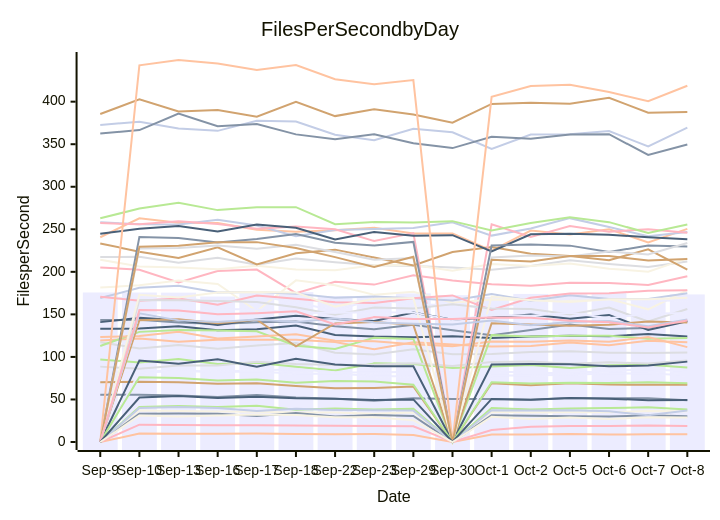
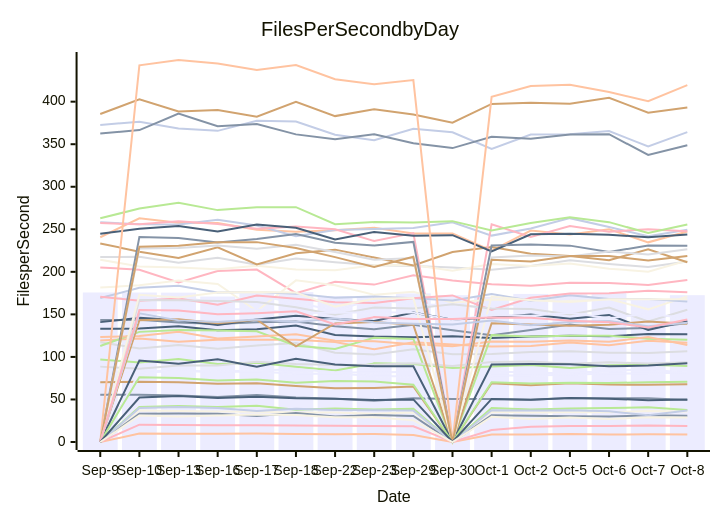
One commit to streetsidesoftware/cspell changed the diagram in perf-report.md. Above: the diagram before and after it, drawn with Mermaid. The commit also changed other lines of this file and 1 other file, not shown here.

````diff
--- a/perf-report.md
+++ b/perf-report.md
@@ -10,56 +10,56 @@
 ```mermaid
 xychart-beta
     title Files Per Second by Day
     y-axis Files per Second
     x-axis Date [Sep-9, Sep-10, Sep-13, Sep-16, Sep-17, Sep-18, Sep-22, Sep-23, Sep-29, Sep-30, Oct-1, Oct-2, Oct-5, Oct-6, Oct-7, Oct-8]
-    bar [175.73, 175.70, 175.56, 170.99, 174.42, 176.15, 171.49, 170.60, 174.68, 172.58, 170.62, 174.06, 173.76, 175.18, 167.77, 173.46]
-    line [143.38, 143.55, 140.59, 138.57, 140.62, 141.72, 135.93, 132.42, 137.90, 131.39, 125.40, 131.62, 137.96, 132.77, 133.94, 142.07]
-    line [119.33, 121.78, 117.69, 120.09, 120.05, 120.31, 117.43, 109.01, 117.33, 114.51, 112.29, 112.71, 117.07, 113.67, 118.94, 117.21]
-    line [217.30, 217.60, 210.80, 216.66, 208.33, 215.69, 211.15, 207.60, 206.93, 205.06, 202.44, 206.85, 213.52, 209.33, 205.65, 212.02]
-    line [96.99, 93.46, 97.52, 91.70, 93.14, 88.50, 84.12, 92.41, 91.76, 86.84, 88.64, 90.41, 87.11, 90.10, 90.92, 87.60]
-    line [70.10, 70.83, 70.27, 68.51, 69.01, 65.91, 63.15, 63.41, 65.35, 0.00, 69.02, 66.69, 69.13, 67.47, 67.16, 67.24]
-    line [372.65, 376.36, 368.52, 365.71, 377.56, 376.77, 361.09, 354.59, 368.19, 364.07, 344.36, 361.41, 361.68, 365.40, 347.49, 369.42]
-    line [205.21, 202.42, 187.59, 200.94, 202.64, 174.86, 188.42, 184.98, 195.97, 189.74, 185.35, 183.52, 187.14, 186.91, 184.49, 194.77]
-    line [133.12, 133.37, 136.08, 131.30, 132.64, 136.81, 125.88, 123.97, 123.26, 124.35, 122.36, 124.05, 124.82, 124.36, 126.90, 123.97]
-    line [214.26, 206.28, 205.22, 203.09, 207.23, 202.88, 201.82, 207.79, 207.90, 201.29, 209.19, 206.95, 209.81, 203.73, 200.20, 215.87]
-    line [81.35, 83.34, 83.78, 82.79, 83.96, 85.57, 82.01, 81.81, 82.67, 0.00, 83.49, 80.99, 81.07, 83.35, 85.60, 83.12]
-    line [55.40, 55.63, 54.54, 52.86, 55.21, 52.35, 50.94, 48.45, 51.30, 50.59, 50.58, 49.72, 51.81, 51.47, 51.46, 49.18]
-    line [240.66, 262.89, 257.78, 257.49, 249.43, 247.25, 248.88, 251.75, 245.20, 245.06, 224.85, 248.59, 243.98, 250.11, 234.68, 250.54]
-    line [117.23, 110.00, 114.04, 109.51, 113.51, 116.46, 104.81, 102.79, 108.89, 103.13, 103.52, 105.79, 106.73, 104.92, 104.71, 105.23]
-    line [112.77, 129.44, 131.63, 130.97, 130.22, 113.06, 109.25, 122.56, 121.09, 0.00, 125.59, 123.97, 124.90, 124.88, 121.42, 122.38]
-    line [233.38, 223.69, 216.25, 228.77, 208.66, 221.89, 226.09, 216.90, 207.46, 223.39, 229.16, 221.30, 218.51, 213.71, 226.50, 202.48]
-    line [258.37, 255.88, 255.75, 261.30, 254.48, 241.79, 249.14, 250.28, 251.57, 258.18, 242.58, 250.83, 263.10, 252.70, 241.96, 246.91]
-    line [257.30, 255.86, 259.52, 256.30, 250.62, 253.31, 250.10, 236.21, 245.48, 0.00, 255.93, 241.02, 253.94, 247.24, 250.16, 245.86]
-    line [244.75, 250.69, 253.77, 247.48, 255.65, 251.83, 237.98, 246.89, 242.54, 243.09, 224.03, 244.08, 244.73, 243.65, 240.74, 238.19]
-    line [181.55, 184.12, 189.95, 185.74, 153.97, 189.99, 184.11, 172.95, 176.46, 163.78, 167.39, 166.94, 167.31, 168.16, 155.92, 178.60]
-    line [172.61, 166.17, 170.88, 163.08, 171.82, 163.97, 154.58, 167.67, 161.60, 161.14, 157.44, 164.03, 168.37, 169.06, 165.80, 166.47]
-    line [362.58, 366.57, 385.92, 371.23, 373.66, 361.57, 355.78, 361.81, 351.17, 345.43, 358.65, 356.52, 361.50, 361.77, 337.36, 349.57]
-    line [123.29, 124.49, 129.64, 121.66, 124.08, 126.72, 119.08, 118.45, 114.87, 112.49, 118.05, 117.81, 119.24, 117.86, 123.32, 111.48]
-    line [88.59, 86.05, 89.85, 89.86, 94.27, 91.54, 90.45, 90.71, 92.55, 89.39, 93.96, 94.53, 91.86, 93.63, 92.24, 95.71]
-    line [262.88, 274.40, 281.31, 272.54, 275.91, 275.97, 256.03, 258.54, 258.01, 259.58, 248.67, 257.34, 264.03, 258.40, 245.57, 255.56]
-    line [385.49, 402.68, 388.38, 390.24, 382.26, 399.81, 383.04, 391.20, 384.82, 375.34, 397.41, 398.74, 397.51, 404.63, 387.08, 387.88]
-    line [169.15, 181.18, 183.51, 175.60, 176.44, 174.39, 169.65, 170.91, 168.95, 166.28, 173.86, 166.13, 172.49, 168.21, 168.21, 174.93]
-    line [170.63, 166.15, 168.68, 161.23, 172.09, 168.48, 164.20, 163.31, 169.03, 172.29, 155.24, 169.60, 174.57, 174.90, 177.64, 178.41]
-    line [140.90, 145.94, 143.19, 137.67, 143.95, 148.30, 144.49, 142.14, 152.04, 143.84, 146.29, 149.93, 144.74, 149.38, 131.76, 141.93]
-    line [0.00, 37.06, 36.42, 35.98, 35.70, 34.54, 34.55, 33.11, 34.81, 0.00, 35.17, 34.81, 34.91, 35.03, 36.57, 36.06]
-    line [0.00, 81.30, 83.34, 82.19, 82.78, 80.29, 80.65, 77.47, 76.93, 0.00, 78.07, 78.18, 79.10, 80.49, 80.39, 78.46]
-    line [0.00, 33.27, 33.48, 33.18, 30.65, 34.02, 29.87, 31.63, 30.68, 0.00, 31.32, 30.89, 30.33, 30.00, 31.45, 30.13]
-    line [0.00, 9.85, 9.67, 9.68, 9.92, 9.37, 9.23, 9.26, 8.29, 0.00, 8.90, 8.75, 9.30, 8.76, 9.01, 9.23]
-    line [0.00, 166.81, 166.56, 165.69, 164.68, 158.25, 149.51, 158.09, 156.96, 161.98, 156.93, 156.41, 149.87, 157.99, 141.60, 156.35]
-    line [0.00, 41.15, 42.24, 41.01, 42.53, 38.05, 39.43, 38.14, 38.94, 0.00, 39.96, 38.12, 39.36, 39.89, 40.71, 38.24]
-    line [0.00, 143.10, 144.41, 139.70, 143.74, 112.39, 139.33, 141.10, 137.72, 0.00, 139.61, 138.23, 136.68, 137.77, 141.66, 140.48]
-    line [0.00, 39.94, 41.26, 40.08, 36.34, 39.18, 37.74, 37.18, 36.89, 0.00, 37.27, 36.89, 37.25, 36.15, 31.44, 37.15]
-    line [0.00, 20.38, 20.10, 19.75, 19.58, 19.44, 18.99, 18.71, 18.44, 0.00, 13.99, 17.93, 18.69, 18.90, 19.50, 18.81]
-    line [0.00, 95.82, 91.96, 97.25, 88.47, 97.89, 91.06, 89.08, 89.06, 0.00, 90.96, 91.55, 91.45, 89.01, 89.93, 94.47]
-    line [0.00, 173.10, 169.76, 175.73, 176.36, 175.75, 159.14, 168.41, 169.31, 0.00, 170.99, 166.63, 164.65, 167.66, 167.88, 169.56]
-    line [0.00, 151.49, 151.06, 156.36, 155.63, 151.63, 151.94, 152.50, 152.06, 143.32, 149.19, 148.32, 152.02, 145.55, 150.72, 151.52]
-    line [0.00, 241.04, 239.64, 234.60, 238.64, 244.36, 234.31, 230.98, 235.16, 0.00, 230.90, 232.18, 230.80, 223.37, 230.96, 229.78]
-    line [0.00, 442.79, 448.98, 444.77, 437.29, 443.15, 426.39, 420.42, 425.42, 0.00, 405.76, 418.50, 419.89, 411.38, 400.59, 418.72]
-    line [0.00, 227.34, 228.09, 230.87, 227.16, 231.88, 223.22, 214.31, 216.24, 0.00, 216.91, 219.11, 218.12, 224.03, 220.33, 233.91]
-    line [0.00, 76.18, 75.30, 72.34, 73.59, 69.54, 71.59, 70.97, 67.35, 0.00, 70.29, 68.90, 69.72, 69.41, 70.25, 68.91]
-    line [0.00, 229.61, 230.62, 234.72, 234.92, 228.04, 217.32, 205.66, 217.69, 0.00, 214.10, 212.26, 218.65, 218.73, 213.23, 215.18]
-    line [0.00, 151.25, 142.95, 141.14, 143.95, 140.92, 145.29, 140.59, 139.11, 138.01, 142.88, 137.23, 141.05, 142.08, 136.09, 143.97]
-    line [0.00, 155.03, 154.46, 150.27, 151.44, 153.53, 138.23, 146.78, 144.54, 144.66, 146.29, 145.95, 142.41, 140.78, 134.58, 142.72]
-    line [0.00, 52.32, 54.12, 51.77, 53.09, 51.40, 50.85, 49.44, 50.07, 0.00, 50.63, 49.63, 51.74, 50.84, 49.20, 49.49]
-    line [0.00, 31.22, 29.93, 31.17, 32.23, 31.60, 29.23, 29.18, 25.62, 0.00, 29.72, 27.11, 28.75, 26.92, 29.01, 28.85]
+    bar [175.73, 175.70, 175.56, 170.99, 174.42, 176.15, 171.49, 170.60, 174.68, 172.58, 170.62, 174.06, 173.76, 175.18, 167.77, 172.56]
+    line [143.38, 143.55, 140.59, 138.57, 140.62, 141.72, 135.93, 132.42, 137.90, 131.39, 125.40, 131.62, 137.96, 132.77, 133.94, 139.73]
+    line [119.33, 121.78, 117.69, 120.09, 120.05, 120.31, 117.43, 109.01, 117.33, 114.51, 112.29, 112.71, 117.07, 113.67, 118.94, 116.57]
+    line [217.30, 217.60, 210.80, 216.66, 208.33, 215.69, 211.15, 207.60, 206.93, 205.06, 202.44, 206.85, 213.52, 209.33, 205.65, 212.19]
+    line [96.99, 93.46, 97.52, 91.70, 93.14, 88.50, 84.12, 92.41, 91.76, 86.84, 88.64, 90.41, 87.11, 90.10, 90.92, 89.47]
+    line [70.10, 70.83, 70.27, 68.51, 69.01, 65.91, 63.15, 63.41, 65.35, 0.00, 69.02, 66.69, 69.13, 67.47, 67.16, 68.00]
+    line [372.65, 376.36, 368.52, 365.71, 377.56, 376.77, 361.09, 354.59, 368.19, 364.07, 344.36, 361.41, 361.68, 365.40, 347.49, 364.22]
+    line [205.21, 202.42, 187.59, 200.94, 202.64, 174.86, 188.42, 184.98, 195.97, 189.74, 185.35, 183.52, 187.14, 186.91, 184.49, 190.34]
+    line [133.12, 133.37, 136.08, 131.30, 132.64, 136.81, 125.88, 123.97, 123.26, 124.35, 122.36, 124.05, 124.82, 124.36, 126.90, 126.65]
+    line [214.26, 206.28, 205.22, 203.09, 207.23, 202.88, 201.82, 207.79, 207.90, 201.29, 209.19, 206.95, 209.81, 203.73, 200.20, 213.26]
+    line [81.35, 83.34, 83.78, 82.79, 83.96, 85.57, 82.01, 81.81, 82.67, 0.00, 83.49, 80.99, 81.07, 83.35, 85.60, 81.23]
+    line [55.40, 55.63, 54.54, 52.86, 55.21, 52.35, 50.94, 48.45, 51.30, 50.59, 50.58, 49.72, 51.81, 51.47, 51.46, 49.27]
+    line [240.66, 262.89, 257.78, 257.49, 249.43, 247.25, 248.88, 251.75, 245.20, 245.06, 224.85, 248.59, 243.98, 250.11, 234.68, 247.40]
+    line [117.23, 110.00, 114.04, 109.51, 113.51, 116.46, 104.81, 102.79, 108.89, 103.13, 103.52, 105.79, 106.73, 104.92, 104.71, 106.75]
+    line [112.77, 129.44, 131.63, 130.97, 130.22, 113.06, 109.25, 122.56, 121.09, 0.00, 125.59, 123.97, 124.90, 124.88, 121.42, 120.13]
+    line [233.38, 223.69, 216.25, 228.77, 208.66, 221.89, 226.09, 216.90, 207.46, 223.39, 229.16, 221.30, 218.51, 213.71, 226.50, 211.28]
+    line [258.37, 255.88, 255.75, 261.30, 254.48, 241.79, 249.14, 250.28, 251.57, 258.18, 242.58, 250.83, 263.10, 252.70, 241.96, 249.38]
+    line [257.30, 255.86, 259.52, 256.30, 250.62, 253.31, 250.10, 236.21, 245.48, 0.00, 255.93, 241.02, 253.94, 247.24, 250.16, 247.84]
+    line [244.75, 250.69, 253.77, 247.48, 255.65, 251.83, 237.98, 246.89, 242.54, 243.09, 224.03, 244.08, 244.73, 243.65, 240.74, 243.74]
+    line [181.55, 184.12, 189.95, 185.74, 153.97, 189.99, 184.11, 172.95, 176.46, 163.78, 167.39, 166.94, 167.31, 168.16, 155.92, 171.13]
+    line [172.61, 166.17, 170.88, 163.08, 171.82, 163.97, 154.58, 167.67, 161.60, 161.14, 157.44, 164.03, 168.37, 169.06, 165.80, 166.84]
+    line [362.58, 366.57, 385.92, 371.23, 373.66, 361.57, 355.78, 361.81, 351.17, 345.43, 358.65, 356.52, 361.50, 361.77, 337.36, 348.77]
+    line [123.29, 124.49, 129.64, 121.66, 124.08, 126.72, 119.08, 118.45, 114.87, 112.49, 118.05, 117.81, 119.24, 117.86, 123.32, 114.00]
+    line [88.59, 86.05, 89.85, 89.86, 94.27, 91.54, 90.45, 90.71, 92.55, 89.39, 93.96, 94.53, 91.86, 93.63, 92.24, 93.65]
+    line [262.88, 274.40, 281.31, 272.54, 275.91, 275.97, 256.03, 258.54, 258.01, 259.58, 248.67, 257.34, 264.03, 258.40, 245.57, 255.62]
+    line [385.49, 402.68, 388.38, 390.24, 382.26, 399.81, 383.04, 391.20, 384.82, 375.34, 397.41, 398.74, 397.51, 404.63, 387.08, 393.22]
+    line [169.15, 181.18, 183.51, 175.60, 176.44, 174.39, 169.65, 170.91, 168.95, 166.28, 173.86, 166.13, 172.49, 168.21, 168.21, 165.09]
+    line [170.63, 166.15, 168.68, 161.23, 172.09, 168.48, 164.20, 163.31, 169.03, 172.29, 155.24, 169.60, 174.57, 174.90, 177.64, 175.96]
+    line [140.90, 145.94, 143.19, 137.67, 143.95, 148.30, 144.49, 142.14, 152.04, 143.84, 146.29, 149.93, 144.74, 149.38, 131.76, 142.06]
+    line [0.00, 37.06, 36.42, 35.98, 35.70, 34.54, 34.55, 33.11, 34.81, 0.00, 35.17, 34.81, 34.91, 35.03, 36.57, 35.78]
+    line [0.00, 81.30, 83.34, 82.19, 82.78, 80.29, 80.65, 77.47, 76.93, 0.00, 78.07, 78.18, 79.10, 80.49, 80.39, 81.56]
+    line [0.00, 33.27, 33.48, 33.18, 30.65, 34.02, 29.87, 31.63, 30.68, 0.00, 31.32, 30.89, 30.33, 30.00, 31.45, 30.76]
+    line [0.00, 9.85, 9.67, 9.68, 9.92, 9.37, 9.23, 9.26, 8.29, 0.00, 8.90, 8.75, 9.30, 8.76, 9.01, 8.84]
+    line [0.00, 166.81, 166.56, 165.69, 164.68, 158.25, 149.51, 158.09, 156.96, 161.98, 156.93, 156.41, 149.87, 157.99, 141.60, 155.38]
+    line [0.00, 41.15, 42.24, 41.01, 42.53, 38.05, 39.43, 38.14, 38.94, 0.00, 39.96, 38.12, 39.36, 39.89, 40.71, 37.67]
+    line [0.00, 143.10, 144.41, 139.70, 143.74, 112.39, 139.33, 141.10, 137.72, 0.00, 139.61, 138.23, 136.68, 137.77, 141.66, 138.90]
+    line [0.00, 39.94, 41.26, 40.08, 36.34, 39.18, 37.74, 37.18, 36.89, 0.00, 37.27, 36.89, 37.25, 36.15, 31.44, 37.05]
+    line [0.00, 20.38, 20.10, 19.75, 19.58, 19.44, 18.99, 18.71, 18.44, 0.00, 13.99, 17.93, 18.69, 18.90, 19.50, 18.93]
+    line [0.00, 95.82, 91.96, 97.25, 88.47, 97.89, 91.06, 89.08, 89.06, 0.00, 90.96, 91.55, 91.45, 89.01, 89.93, 92.54]
+    line [0.00, 173.10, 169.76, 175.73, 176.36, 175.75, 159.14, 168.41, 169.31, 0.00, 170.99, 166.63, 164.65, 167.66, 167.88, 167.80]
+    line [0.00, 151.49, 151.06, 156.36, 155.63, 151.63, 151.94, 152.50, 152.06, 143.32, 149.19, 148.32, 152.02, 145.55, 150.72, 145.51]
+    line [0.00, 241.04, 239.64, 234.60, 238.64, 244.36, 234.31, 230.98, 235.16, 0.00, 230.90, 232.18, 230.80, 223.37, 230.96, 230.80]
+    line [0.00, 442.79, 448.98, 444.77, 437.29, 443.15, 426.39, 420.42, 425.42, 0.00, 405.76, 418.50, 419.89, 411.38, 400.59, 419.52]
+    line [0.00, 227.34, 228.09, 230.87, 227.16, 231.88, 223.22, 214.31, 216.24, 0.00, 216.91, 219.11, 218.12, 224.03, 220.33, 226.62]
+    line [0.00, 76.18, 75.30, 72.34, 73.59, 69.54, 71.59, 70.97, 67.35, 0.00, 70.29, 68.90, 69.72, 69.41, 70.25, 70.73]
+    line [0.00, 229.61, 230.62, 234.72, 234.92, 228.04, 217.32, 205.66, 217.69, 0.00, 214.10, 212.26, 218.65, 218.73, 213.23, 218.63]
+    line [0.00, 151.25, 142.95, 141.14, 143.95, 140.92, 145.29, 140.59, 139.11, 138.01, 142.88, 137.23, 141.05, 142.08, 136.09, 140.30]
+    line [0.00, 155.03, 154.46, 150.27, 151.44, 153.53, 138.23, 146.78, 144.54, 144.66, 146.29, 145.95, 142.41, 140.78, 134.58, 143.93]
+    line [0.00, 52.32, 54.12, 51.77, 53.09, 51.40, 50.85, 49.44, 50.07, 0.00, 50.63, 49.63, 51.74, 50.84, 49.20, 50.07]
+    line [0.00, 31.22, 29.93, 31.17, 32.23, 31.60, 29.23, 29.18, 25.62, 0.00, 29.72, 27.11, 28.75, 26.92, 29.01, 28.90]
 ```
````
